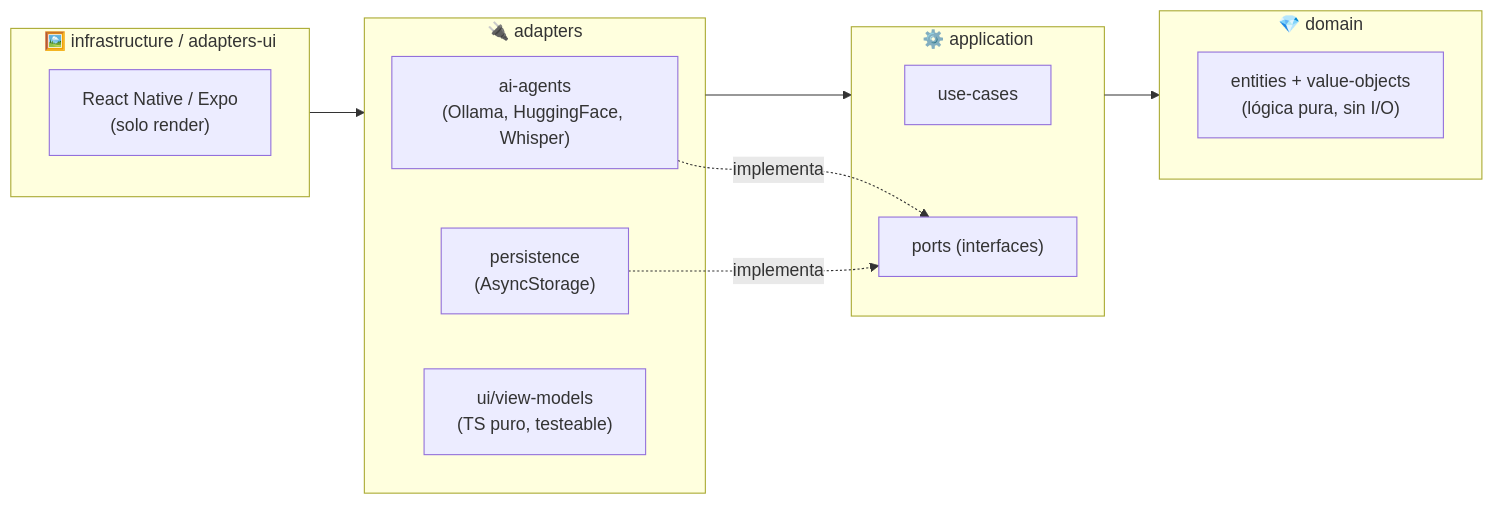
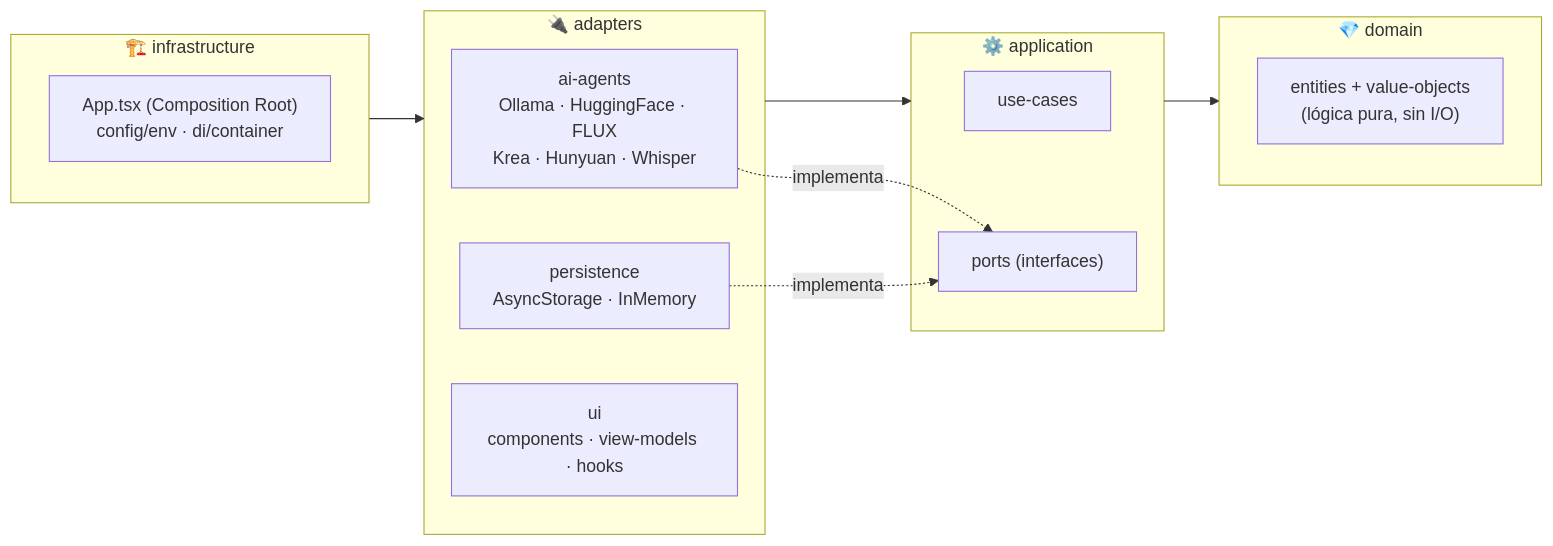
One commit to LucasMinervini/AsitanceAI changed the diagram in README.md. Above: the diagram before and after it, drawn with Mermaid. The commit also changed other lines of this file and 5 other files, not shown here.

````diff
--- a/README.md
+++ b/README.md
@@ -52,22 +74,22 @@
 ```mermaid
 flowchart LR
-    subgraph UI["🖼️ infrastructure / adapters-ui"]
-      RN["React Native / Expo<br/>(solo render)"]
+    subgraph INFRA["🏗️ infrastructure"]
+      APPX["App.tsx (Composition Root)<br/>config/env · di/container"]
     end
     subgraph ADP["🔌 adapters"]
-      AG["ai-agents<br/>(Ollama, HuggingFace, Whisper)"]
-      PER["persistence<br/>(AsyncStorage)"]
-      VM["ui/view-models<br/>(TS puro, testeable)"]
+      AG["ai-agents<br/>Ollama · HuggingFace · FLUX<br/>Krea · Hunyuan · Whisper"]
+      PER["persistence<br/>AsyncStorage · InMemory"]
+      UI["ui<br/>components · view-models · hooks"]
     end
     subgraph APP["⚙️ application"]
       UC["use-cases"]
       PO["ports (interfaces)"]
     end
     subgraph DOM["💎 domain"]
       ENT["entities + value-objects<br/>(lógica pura, sin I/O)"]
     end
 
-    UI --> ADP --> APP --> DOM
+    INFRA --> ADP --> APP --> DOM
     AG -. implementa .-> PO
     PER -. implementa .-> PO
 ```
````
